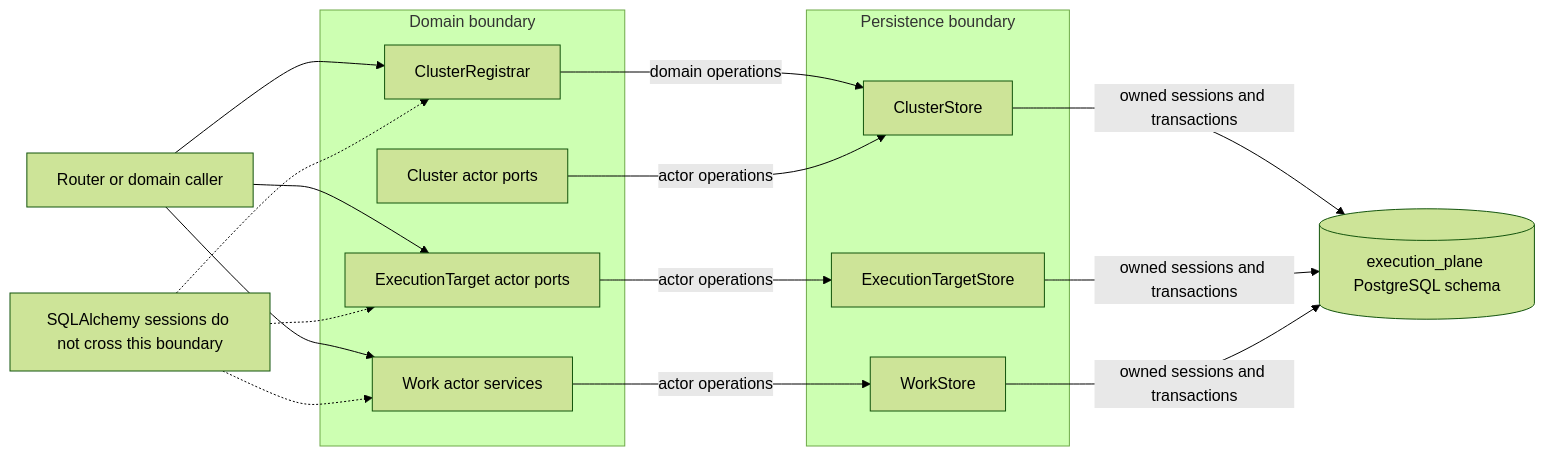
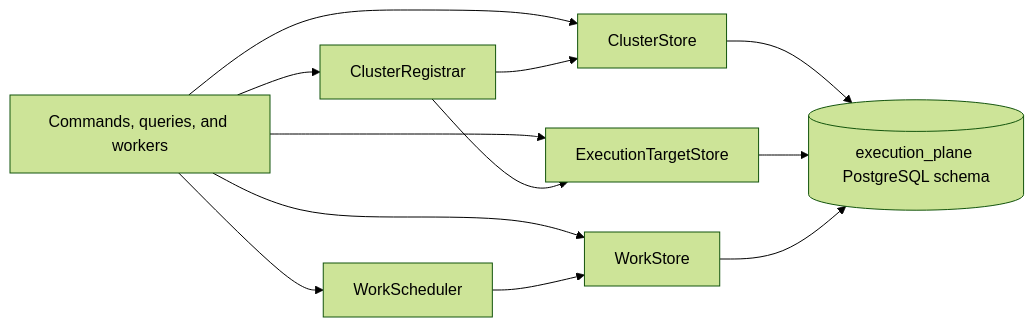
The fifth of 5 diagrams in docs/cluster-and-target-services.md (AlanCoding/syntara-execution-plane), drawn with Mermaid (forest theme) before and after one commit. The commit also changed other lines of this file and 26 other files, not shown here.

First line of the commit message:
refactor: consolidate store dependencies on concrete model stores

````diff
--- a/docs/cluster-and-target-services.md
+++ b/docs/cluster-and-target-services.md
@@ -411,35 +398,22 @@
 ```mermaid
 flowchart LR
-    Caller[Router or domain caller]
-
-    subgraph Domain[Domain boundary]
-        CR[ClusterRegistrar]
-        CP[Cluster actor ports]
-        TP[ExecutionTarget actor ports]
-        WR[Work actor services]
-    end
-
-    subgraph Stores[Persistence boundary]
-        CS[ClusterStore]
-        TS[ExecutionTargetStore]
-        WS[WorkStore]
-    end
-
+    Caller[Commands, queries, and workers]
+    CR[ClusterRegistrar]
+    SC[WorkScheduler]
+    CS[ClusterStore]
+    TS[ExecutionTargetStore]
+    WS[WorkStore]
     DB[(execution_plane PostgreSQL schema)]
 
     Caller --> CR
-    Caller --> TP
-    Caller --> WR
-    CR -->|domain operations| CS
-    CP -->|actor operations| CS
-    TP -->|actor operations| TS
-    WR -->|actor operations| WS
-    CS -->|owned sessions and transactions| DB
-    TS -->|owned sessions and transactions| DB
-    WS -->|owned sessions and transactions| DB
-
-    X[SQLAlchemy sessions do not cross this boundary]
-    X -.-> CR
-    X -.-> TP
-    X -.-> WR
+    Caller --> SC
+    Caller --> CS
+    Caller --> TS
+    Caller --> WS
+    CR --> CS
+    CR --> TS
+    SC --> WS
+    CS --> DB
+    TS --> DB
+    WS --> DB
 ```
````
